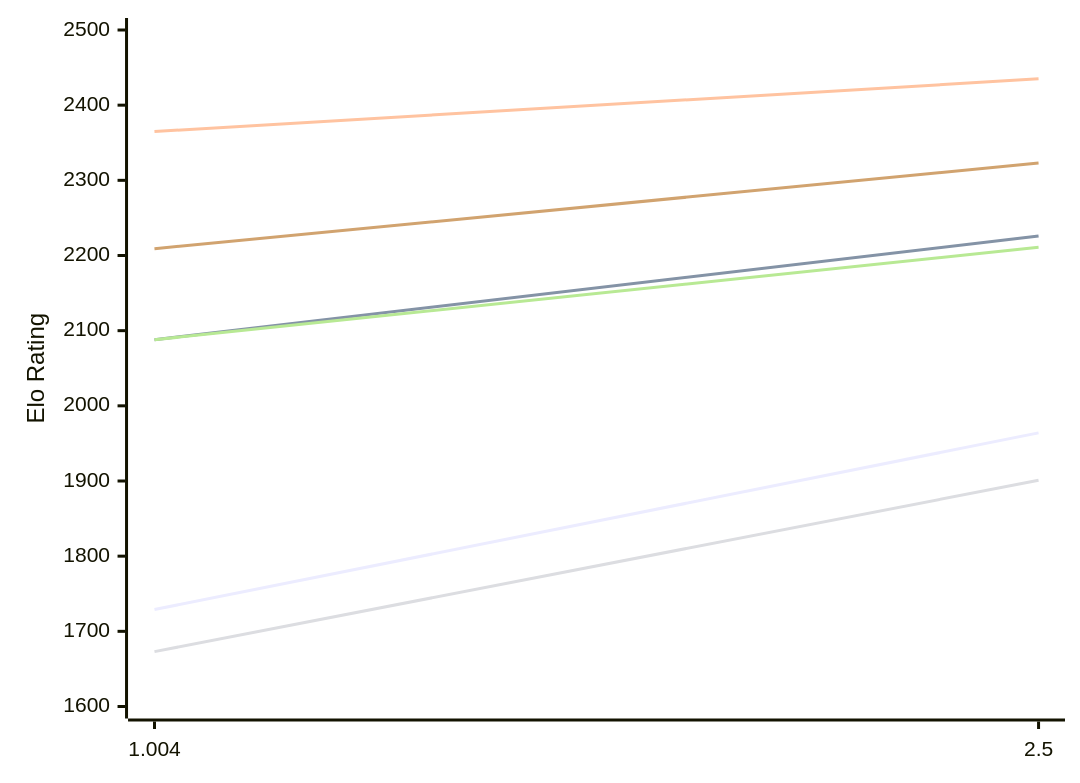
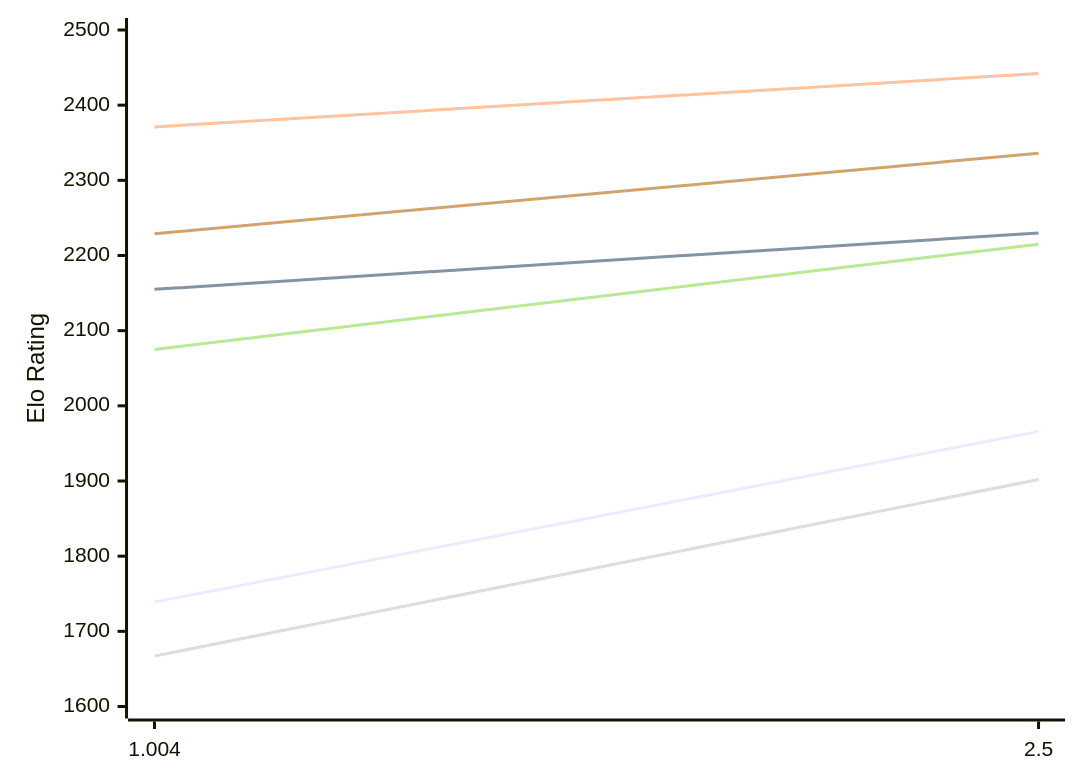
The first of 2 diagrams in engines/Ares.md (computer-chess-index/cci), drawn with Mermaid before and after one commit. The commit also changed other lines of this file, not shown here.

Commit message:
Update CCI Ratings (ELO VLTC) - 2026-11-16

````diff
--- a/engines/Ares.md
+++ b/engines/Ares.md
@@ -50,12 +50,12 @@
 ```mermaid
 %%{init: {"theme":"base","themeVariables":{"seriesColors:['#a3a3a3','#222221','#faa371']}}}%%
 xychart-beta
   x-axis ["1.004", "2.5"]
   y-axis "Elo Rating" 1600 --> 2500
-  line "E1: STC (8.0+0.08s)" [1729, 1964]
-  line "E1: LTC (60.0+0.60s)" [2088, 2226]
-  line "E1: VLTC (2m24s+1.12s)" [2365, 2435]
-  line "P1: STC (8.0+0.08s)" [1673, 1901]
-  line "P1: LTC (60.0+0.60s)" [2088, 2211]
-  line "P1: VLTC (2m24s+1.12s)" [2209, 2323]
+  line "E1: STC (8.0+0.08s)" [1739, 1966]
+  line "E1: LTC (60.0+0.60s)" [2155, 2230]
+  line "E1: VLTC (2m24s+1.12s)" [2371, 2442]
+  line "P1: STC (8.0+0.08s)" [1667, 1902]
+  line "P1: LTC (60.0+0.60s)" [2075, 2215]
+  line "P1: VLTC (2m24s+1.12s)" [2229, 2336]
 ```
````
